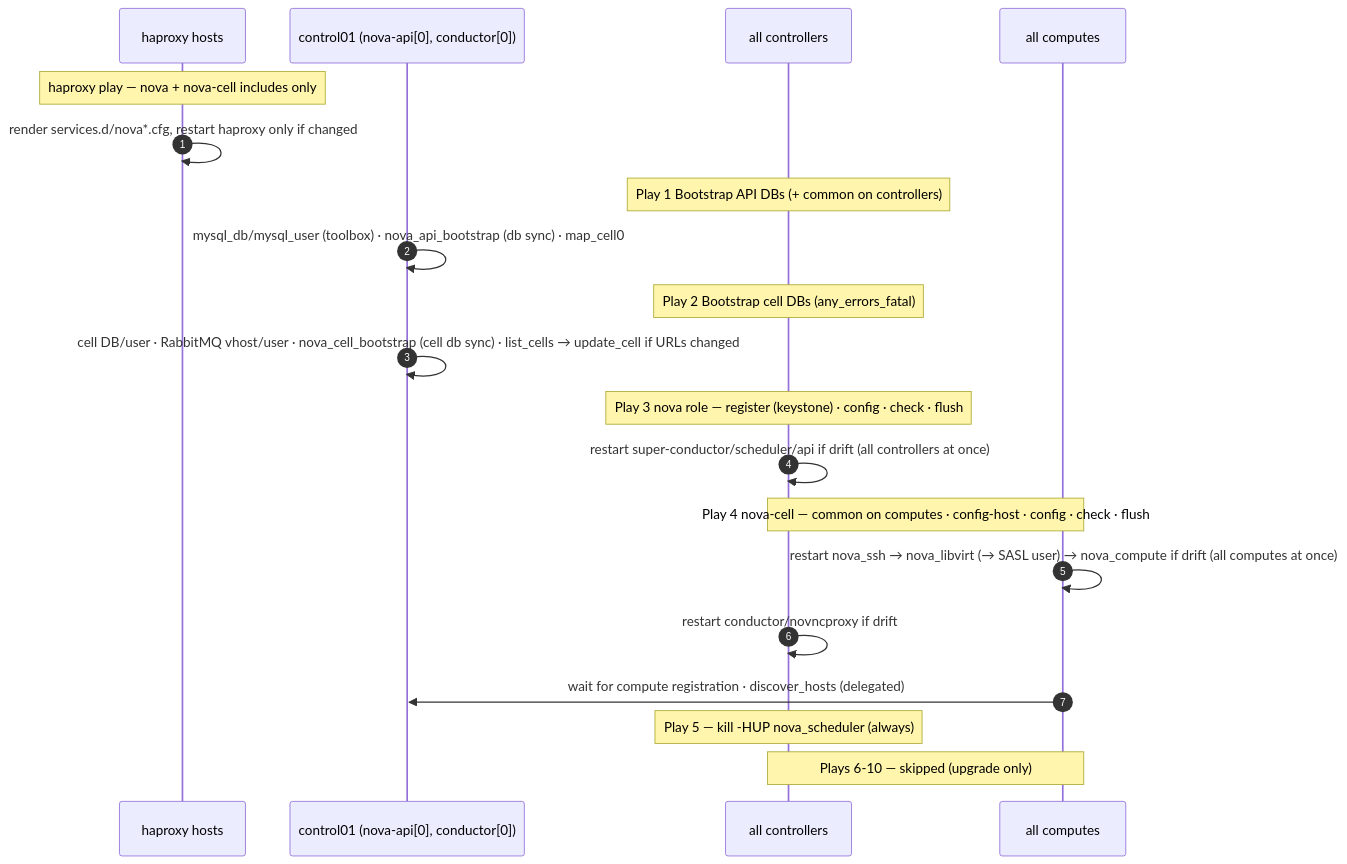
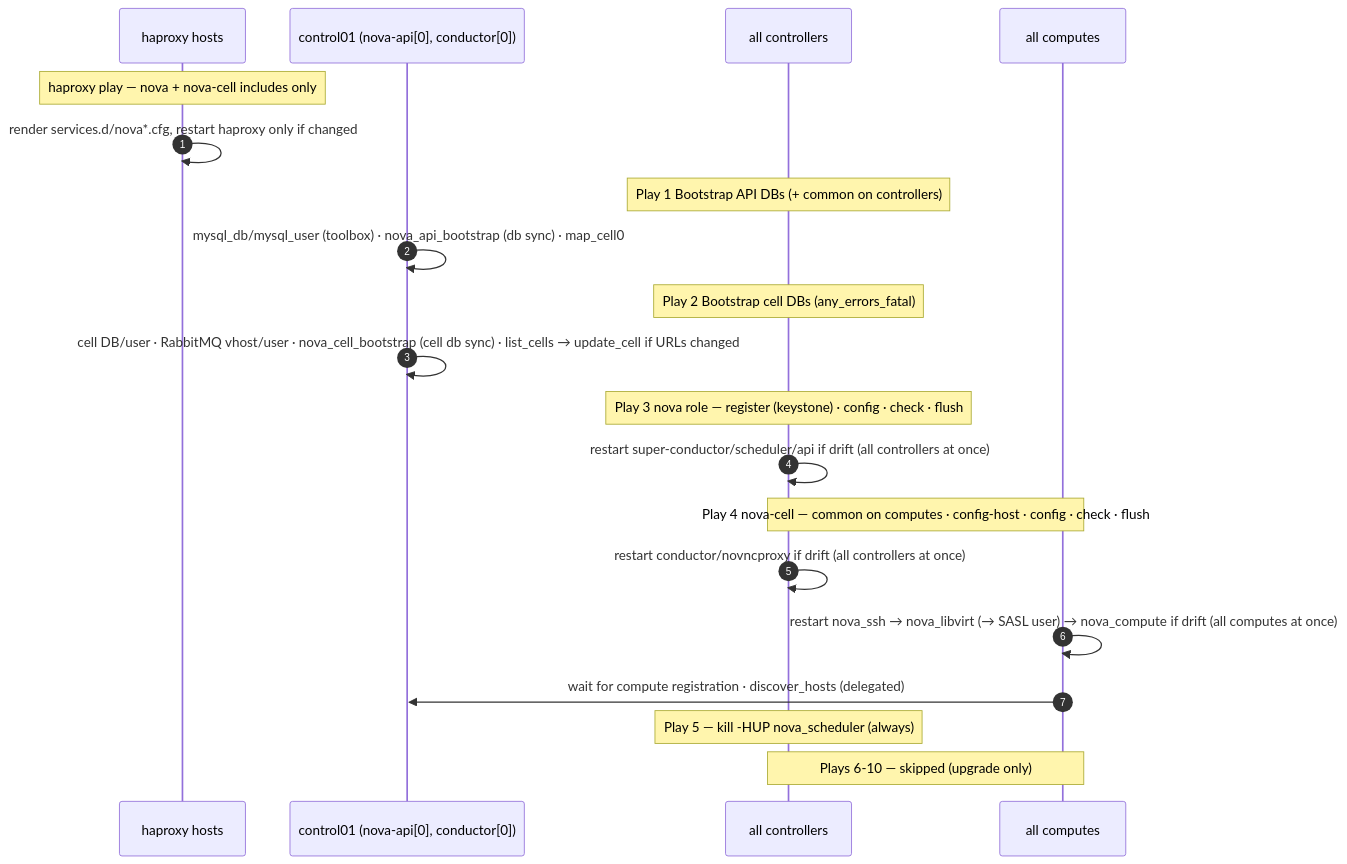
Before and after one commit to OzarLand/kolla-ansible-academy: the first of 2 diagrams in docs/07-day2-operational-impact.md, drawn with Mermaid. The commit also changed other lines of this file and 5 other files, not shown here.

````diff
--- a/docs/07-day2-operational-impact.md
+++ b/docs/07-day2-operational-impact.md
@@ -29,22 +29,22 @@
 ```mermaid
 sequenceDiagram
   autonumber
   participant HA as haproxy hosts
   participant C1 as control01 (nova-api[0], conductor[0])
   participant CT as all controllers
   participant CP as all computes
   Note over HA: haproxy play — nova + nova-cell includes only
   HA->>HA: render services.d/nova*.cfg, restart haproxy only if changed
   Note over CT: Play 1 Bootstrap API DBs (+ common on controllers)
   C1->>C1: mysql_db/mysql_user (toolbox) · nova_api_bootstrap (db sync) · map_cell0
   Note over CT: Play 2 Bootstrap cell DBs (any_errors_fatal)
   C1->>C1: cell DB/user · RabbitMQ vhost/user · nova_cell_bootstrap (cell db sync) · list_cells → update_cell if URLs changed
   Note over CT: Play 3 nova role — register (keystone) · config · check · flush
   CT->>CT: restart super-conductor/scheduler/api if drift (all controllers at once)
   Note over CT,CP: Play 4 nova-cell — common on computes · config-host · config · check · flush
+  CT->>CT: restart conductor/novncproxy if drift (all controllers at once)
   CP->>CP: restart nova_ssh → nova_libvirt (→ SASL user) → nova_compute if drift (all computes at once)
-  CT->>CT: restart conductor/novncproxy if drift
   CP->>C1: wait for compute registration · discover_hosts (delegated)
   Note over CT: Play 5 — kill -HUP nova_scheduler (always)
   Note over CT,CP: Plays 6-10 — skipped (upgrade only)
 ```
````
